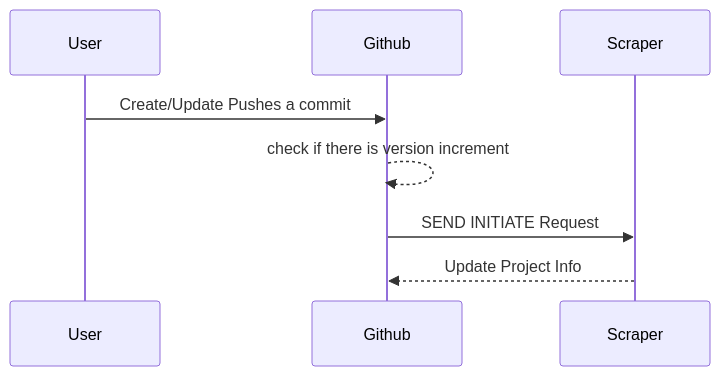
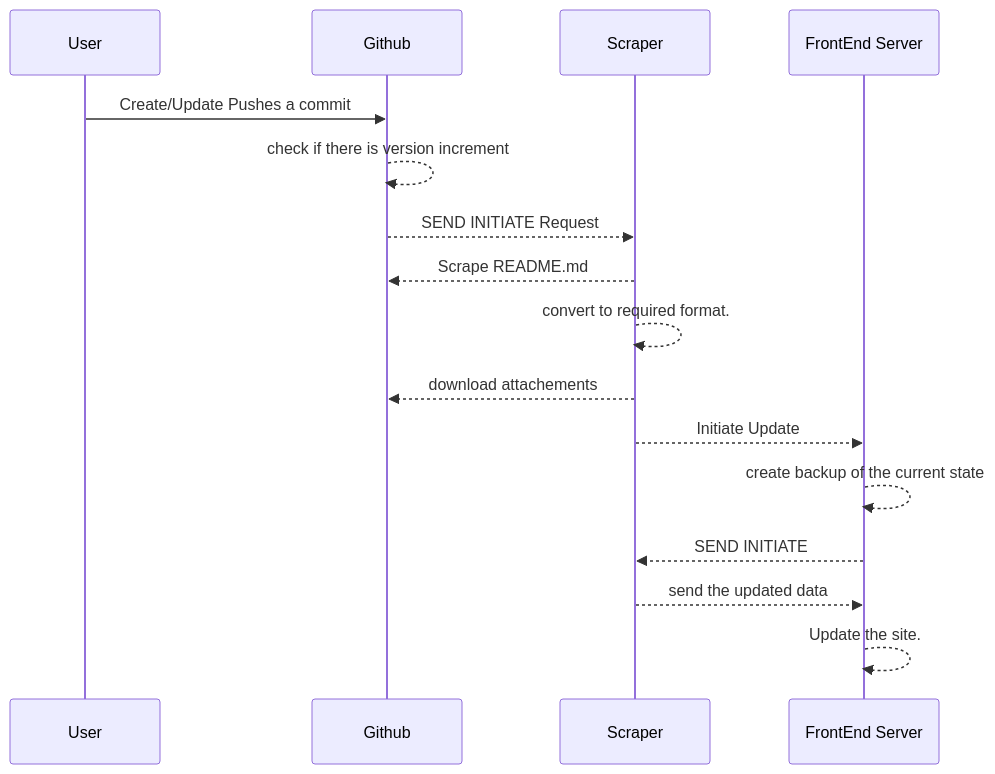
One commit to aruncs31s/Notes changed the diagram in 01 Projects/07 Software/Gitub Scraper/Github Scraper.md. Above: the diagram before and after it, drawn with Mermaid. The commit also changed 1 other file, not shown here.

Commit message:
automated vault backup from mac: 2025-07-10 02:01:31

````diff
--- a/01 Projects/07 Software/Gitub Scraper/Github Scraper.md
+++ b/01 Projects/07 Software/Gitub Scraper/Github Scraper.md
@@ -15,11 +15,18 @@
 ```mermaid
 sequenceDiagram
 	participant User
 	participant Github
 	participant Scraper
 
 	User->>Github: Create/Update Pushes a commit 
 	Github-->>Github: check if there is version increment
-	Github->>Scraper: SEND INITIATE Request 
-	Scraper-->>Github: Update Project Info
+	Github-->>Scraper: SEND INITIATE Request 
+	Scraper-->>Github: Scrape README.md
+	Scraper-->>Scraper: convert to required format. 
+	Scraper-->>Github: download attachements
+	Scraper-->>FrontEnd Server: Initiate Update
+	FrontEnd Server-->>FrontEnd Server: create backup of the current state
+	FrontEnd Server-->> Scraper: SEND INITIATE 
+	Scraper-->>FrontEnd Server: send the updated data
+	FrontEnd Server-->>FrontEnd Server: Update the site. 
 ```
````
